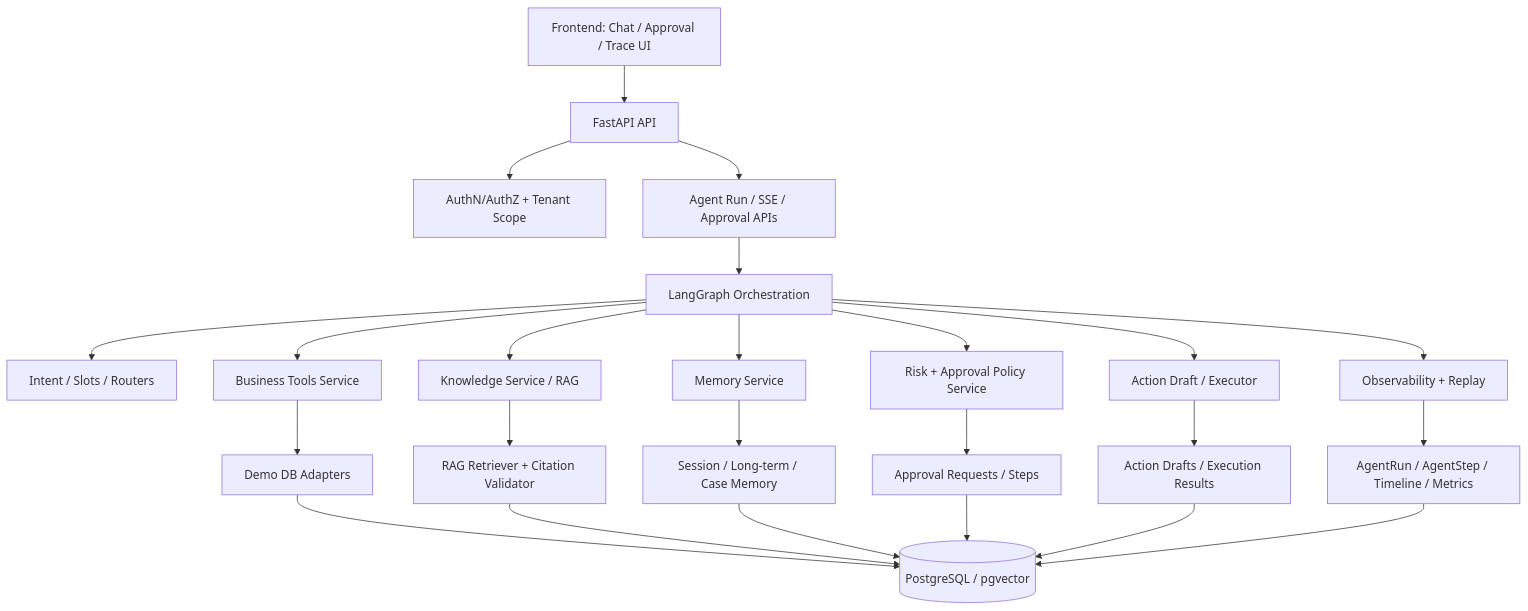
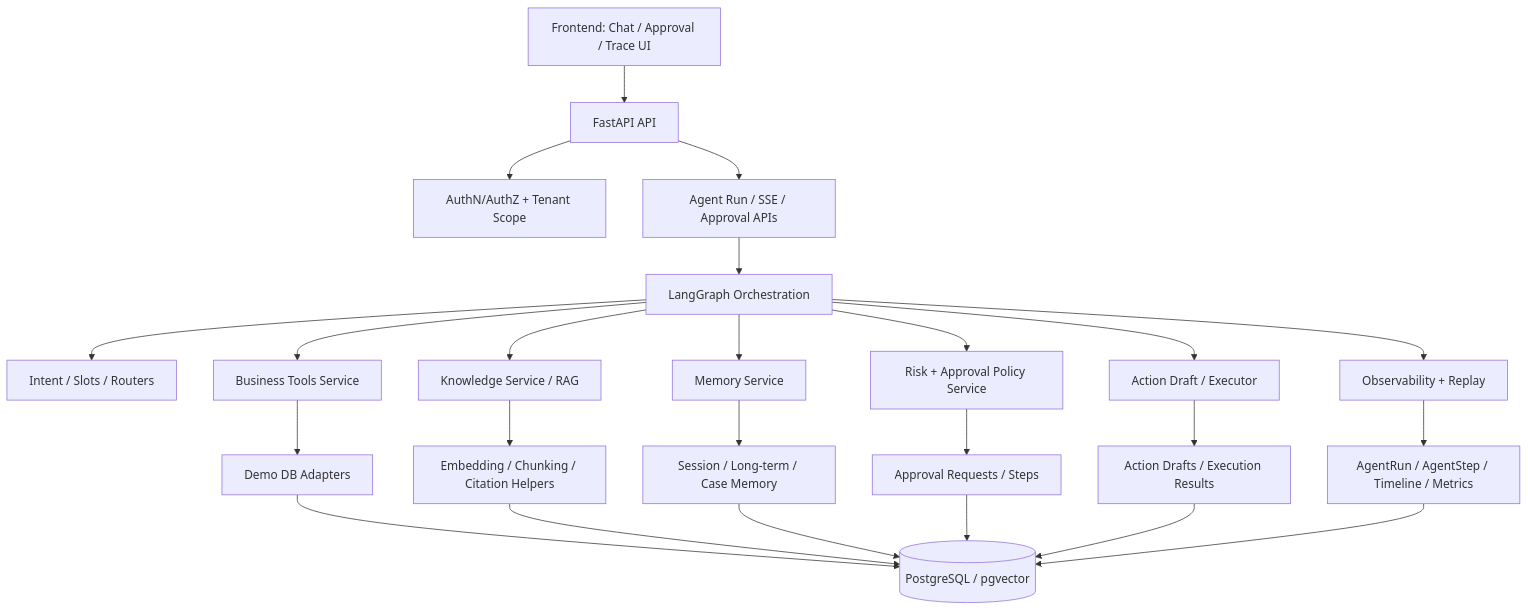
The first of 2 diagrams in docs/architecture-overview.md (weijie567/MOCA), drawn with Mermaid before and after one commit. The commit also changed other lines of this file and 9 other files, not shown here.

Commit message:
refactor: remove rag retriever facade

````diff
--- a/docs/architecture-overview.md
+++ b/docs/architecture-overview.md
@@ -196,29 +196,29 @@
 ```mermaid
 graph TB
     FE[Frontend: Chat / Approval / Trace UI] --> API[FastAPI API]
     API --> Auth[AuthN/AuthZ + Tenant Scope]
     API --> Runs[Agent Run / SSE / Approval APIs]
     Runs --> Graph[LangGraph Orchestration]
 
     Graph --> Intent[Intent / Slots / Routers]
     Graph --> Memory[Memory Service]
     Graph --> Biz[Business Tools Service]
     Graph --> Knowledge[Knowledge Service / RAG]
     Graph --> Policy[Risk + Approval Policy Service]
     Graph --> Actions[Action Draft / Executor]
     Graph --> Obs[Observability + Replay]
 
     Biz --> DemoAdapters[Demo DB Adapters]
-    Knowledge --> RAG[RAG Retriever + Citation Validator]
+    Knowledge --> RAG[Embedding / Chunking / Citation Helpers]
     Memory --> MemoryStores[Session / Long-term / Case Memory]
     Policy --> ApprovalStore[Approval Requests / Steps]
     Actions --> ActionStore[Action Drafts / Execution Results]
     Obs --> TraceStore[AgentRun / AgentStep / Timeline / Metrics]
 
     DemoAdapters --> Persistence[(PostgreSQL / pgvector)]
     RAG --> Persistence
     MemoryStores --> Persistence
     ApprovalStore --> Persistence
     ActionStore --> Persistence
     TraceStore --> Persistence
 ```
````
